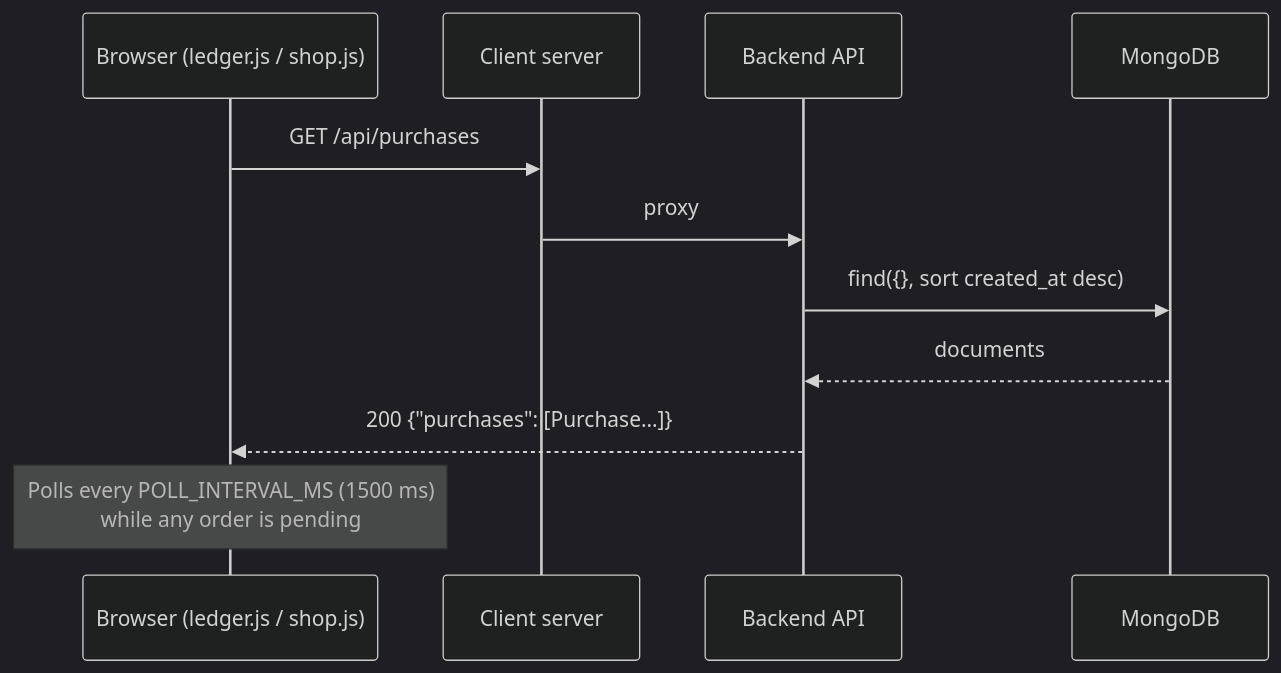
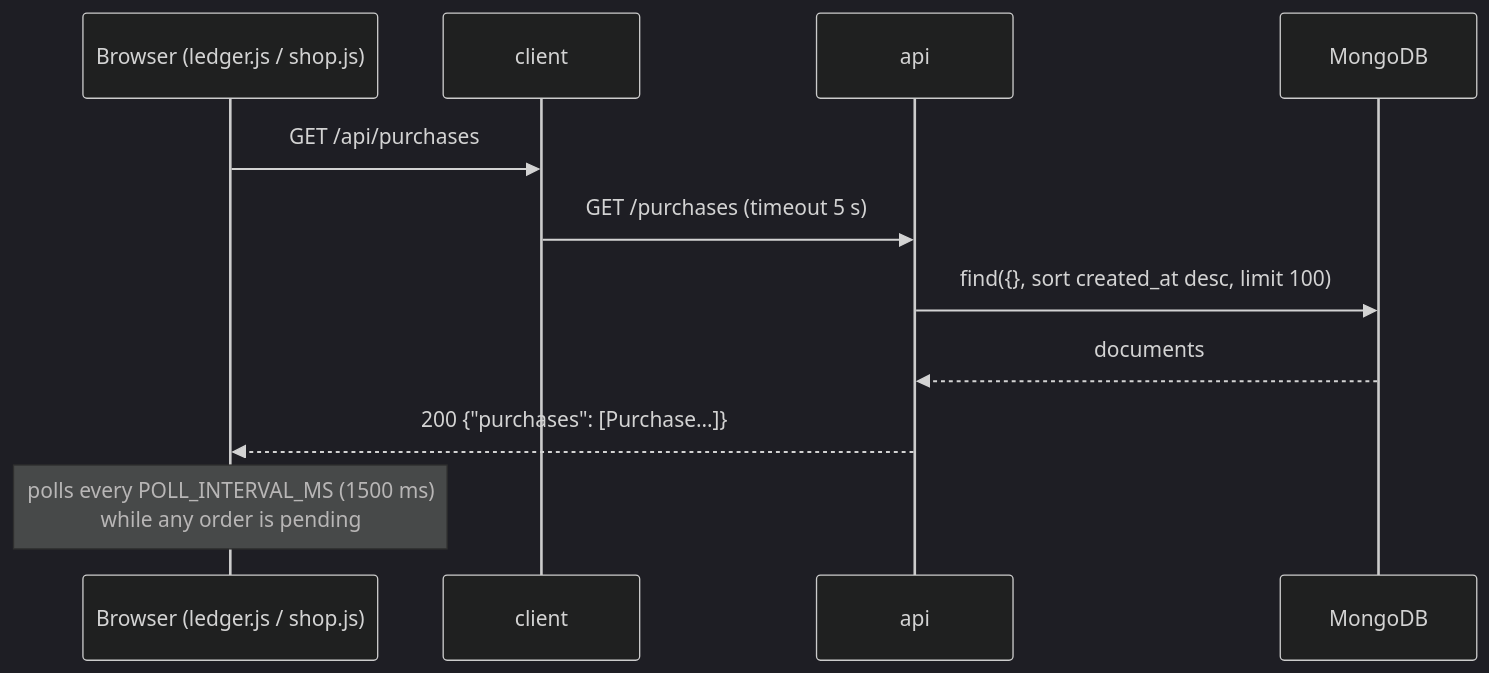
The third of 7 diagrams in docs/ARCHITECTURE.md (yaninagroisman/shop-azure-cicd), drawn with Mermaid (dark theme) before and after one commit. The commit also changed other lines of this file and 13 other files, not shown here.

````diff
--- a/docs/ARCHITECTURE.md
+++ b/docs/ARCHITECTURE.md
@@ -89,13 +86,13 @@
 ```mermaid
 sequenceDiagram
     participant B as Browser (ledger.js / shop.js)
-    participant C as Client server
-    participant A as Backend API
+    participant C as client
+    participant A as api
     participant M as MongoDB
     B->>C: GET /api/purchases
-    C->>A: proxy
-    A->>M: find({}, sort created_at desc)
+    C->>A: GET /purchases (timeout 5 s)
+    A->>M: find({}, sort created_at desc, limit 100)
     M-->>A: documents
     A-->>B: 200 {"purchases": [Purchase…]}
-    Note over B: Polls every POLL_INTERVAL_MS (1500 ms)<br/>while any order is pending
+    Note over B: polls every POLL_INTERVAL_MS (1500 ms)<br/>while any order is pending
 ```
````
